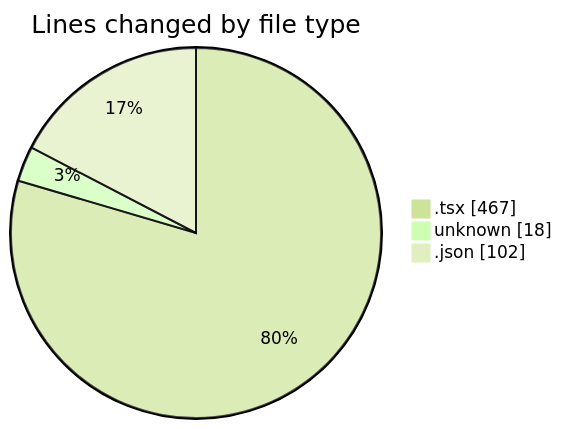
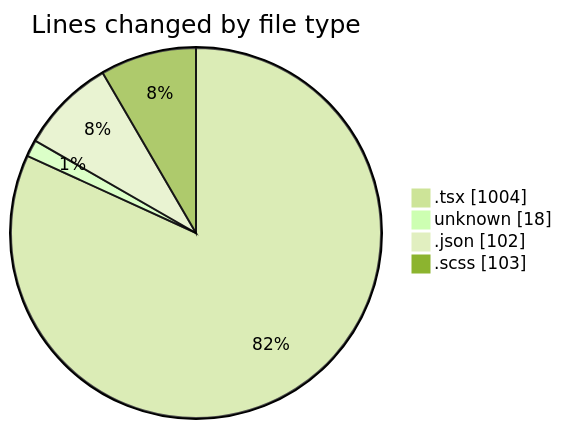
The first of 2 diagrams in 2026-09-28/cda/README.md (momahboobian/code-tracking), drawn with Mermaid (forest theme) before and after one commit. The commit also changed other lines of this file and 1 other file, not shown here.

````diff
--- a/2026-09-28/cda/README.md
+++ b/2026-09-28/cda/README.md
@@ -23,7 +25,8 @@
 ```mermaid
 pie showData
 title Lines changed by file type
-".tsx" : 467
+".tsx" : 1004
 "unknown" : 18
 ".json" : 102
+".scss" : 103
 ```
````
